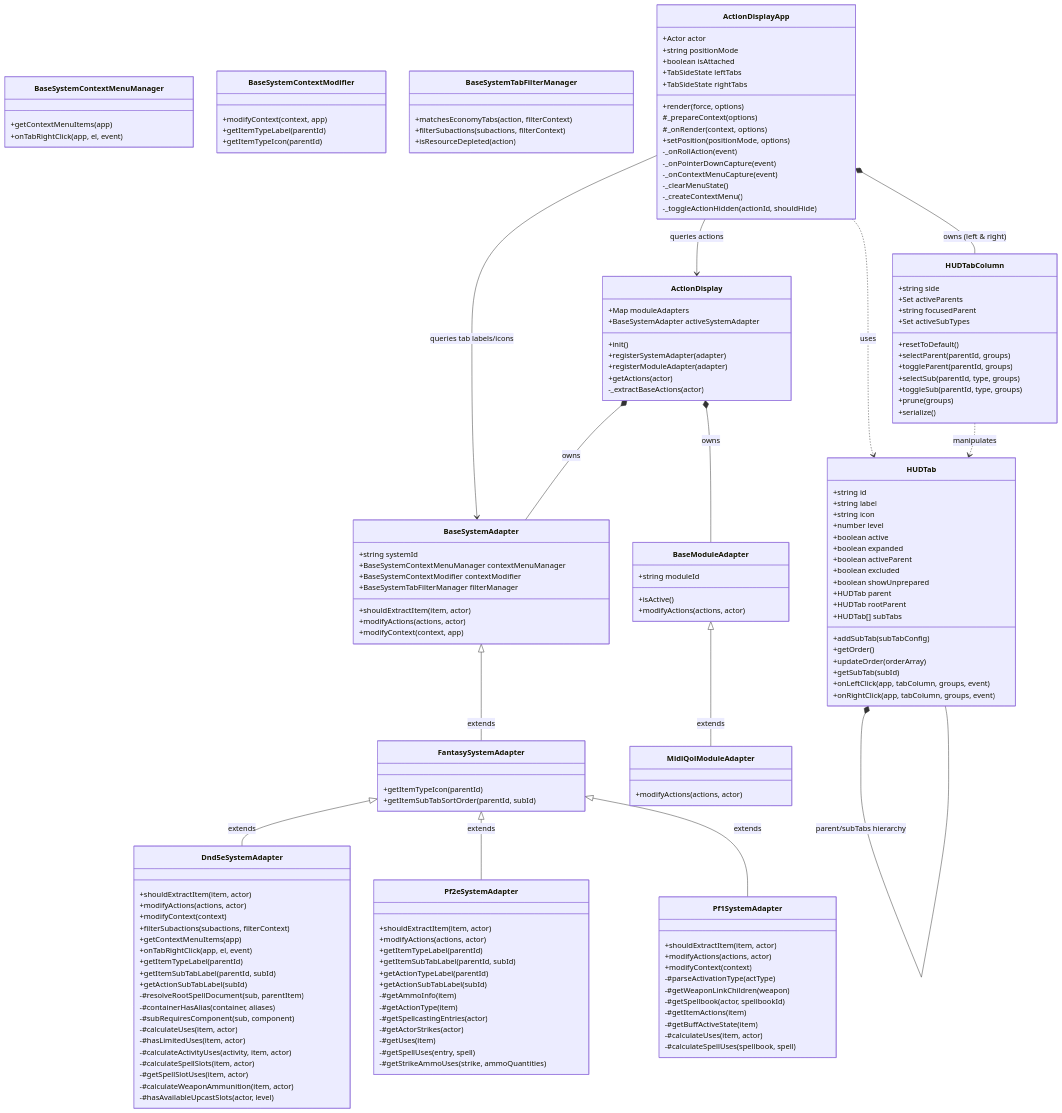
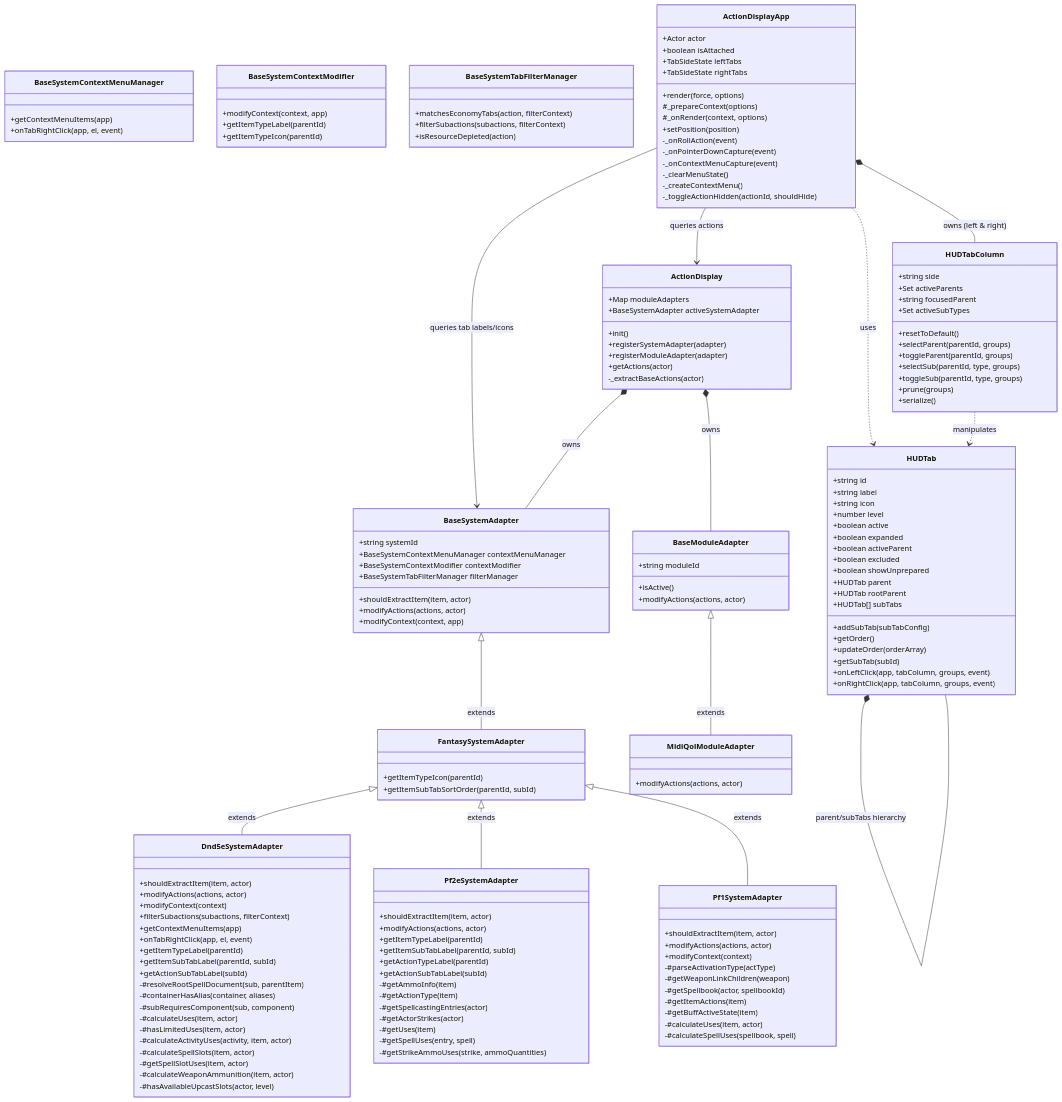
Before and after one commit to aljames-arctic/bakana-action-display: the first of 4 diagrams in docs/architecture_guide.md, drawn with Mermaid. The commit also changed 7 other files, not shown here.

```diff
--- a/docs/architecture_guide.md
+++ b/docs/architecture_guide.md
@@ -240,14 +240,13 @@
 
     class ActionDisplayApp {
         +Actor actor
-        +string positionMode
         +boolean isAttached
         +TabSideState leftTabs
         +TabSideState rightTabs
         +render(force, options)
         #_prepareContext(options)
         #_onRender(context, options)
-        +setPosition(positionMode, options)
+        +setPosition(position)
         -_onRollAction(event)
         -_onPointerDownCapture(event)
         -_onContextMenuCapture(event)
```
